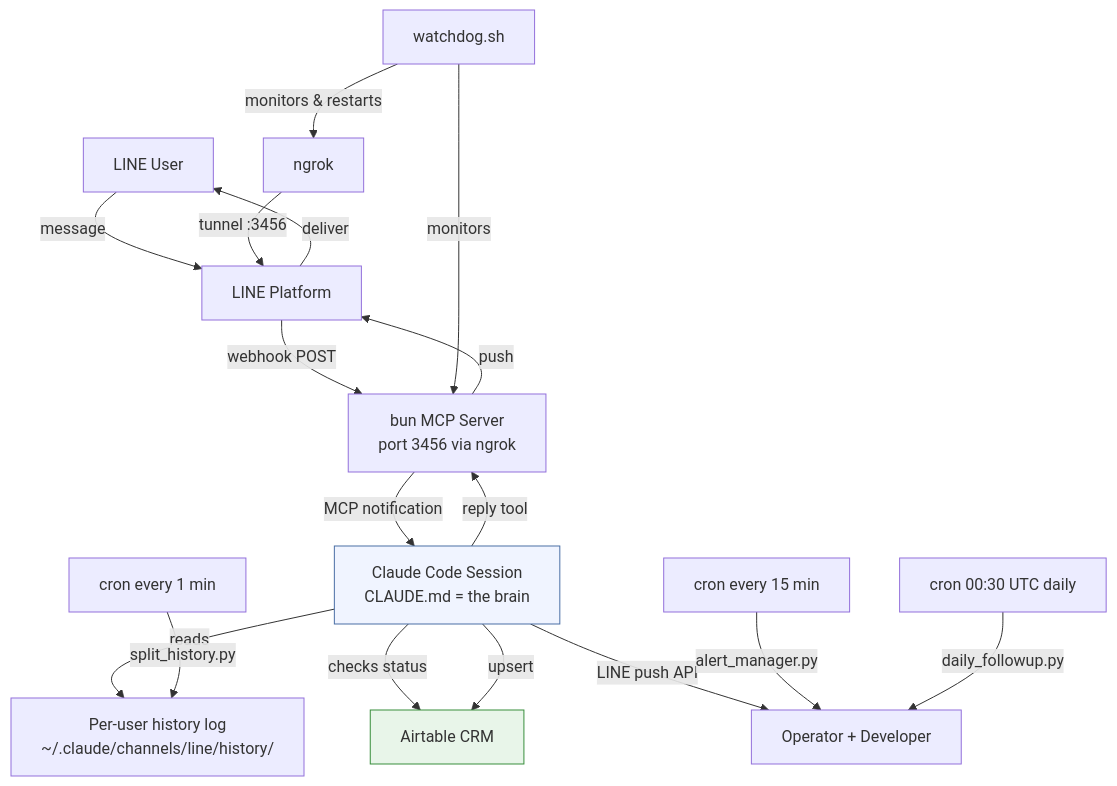
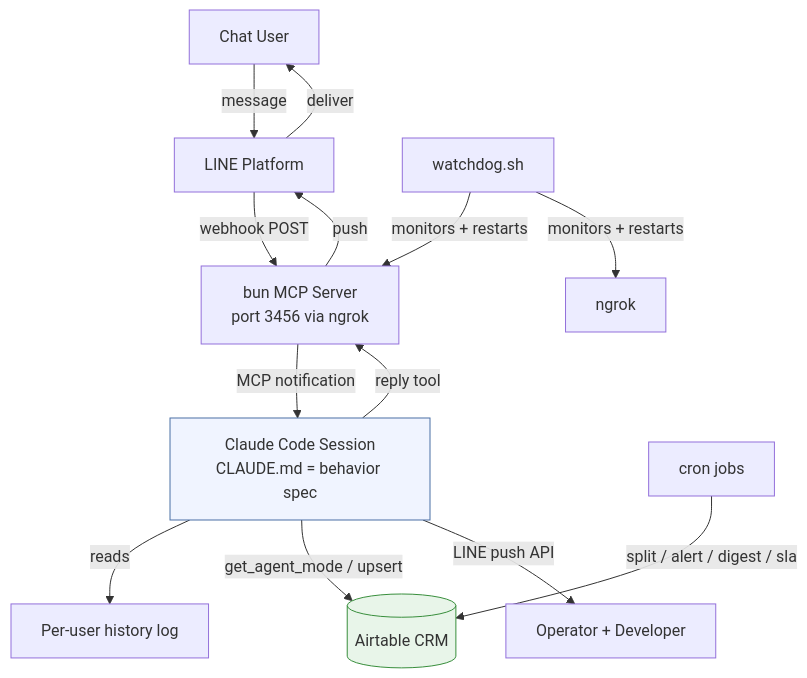
The first of 2 diagrams in README.md (RealChrisL/scrivener-agent), drawn with Mermaid before and after one commit. The commit also changed other lines of this file and 44 other files, not shown here.

````diff
--- a/README.md
+++ b/README.md
@@ -30,24 +38,18 @@
 ```mermaid
 graph TD
-    A[LINE User] -->|message| B[LINE Platform]
-    B -->|webhook POST| C[bun MCP Server\nport 3456 via ngrok]
-    C -->|MCP notification| D[Claude Code Session\nCLAUDE.md = the brain]
-    D -->|reads| E[Per-user history log\n~/.claude/channels/line/history/]
-    D -->|checks status| F[Airtable CRM]
-    D -->|reply tool| C
-    C -->|push| B
-    B -->|deliver| A
-    D -->|upsert| F
-    D -->|LINE push API| G[Operator + Developer]
+    U[Chat User]       -->|message| LP[LINE Platform]
+    LP                 -->|webhook POST| MCP[bun MCP Server\nport 3456 via ngrok]
+    MCP                -->|MCP notification| CC[Claude Code Session\nCLAUDE.md = behavior spec]
+    CC -->|reads| HL[Per-user history log]
+    CC -->|get_agent_mode / upsert| AT[(Airtable CRM)]
+    CC -->|reply tool| MCP
+    MCP -->|push| LP
+    LP  -->|deliver| U
+    CC  -->|LINE push API| OP[Operator + Developer]
+    WD[watchdog.sh]    -->|monitors + restarts| MCP
+    WD                 -->|monitors + restarts| NG[ngrok]
+    CR[cron jobs]      -->|split / alert / digest / sla| AT
 
-    H[ngrok] -->|tunnel :3456| B
-    I[watchdog.sh] -->|monitors| C
-    I -->|monitors & restarts| H
-
-    J[cron every 1 min] -->|split_history.py| E
-    K[cron every 15 min] -->|alert_manager.py| G
-    L[cron 00:30 UTC daily] -->|daily_followup.py| G
-
-    style D fill:#f0f4ff,stroke:#4a6fa5
-    style F fill:#e8f5e9,stroke:#388e3c
+    style CC fill:#f0f4ff,stroke:#4a6fa5
+    style AT fill:#e8f5e9,stroke:#388e3c
 ```
````
